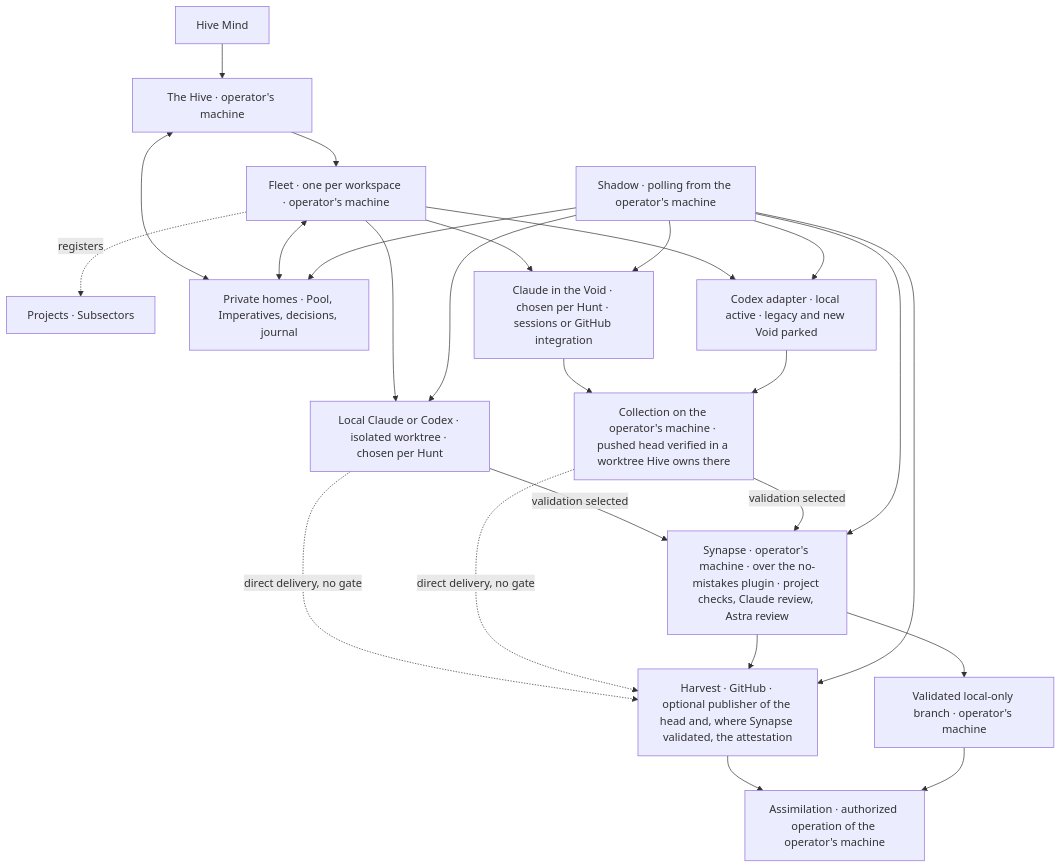
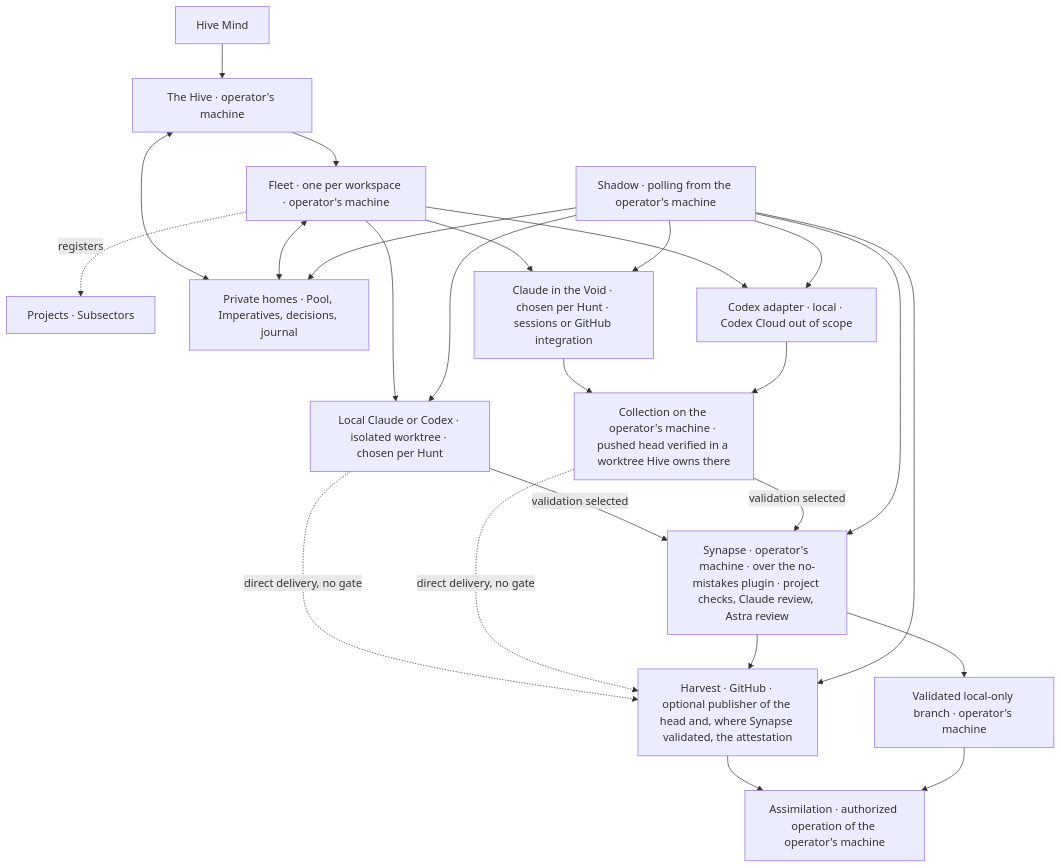
Before and after one commit to kesk-git/hive: the diagram in docs/design.md, drawn with Mermaid. The commit also changed other lines of this file and 10 other files, not shown here.

````diff
--- a/docs/design.md
+++ b/docs/design.md
@@ -60,27 +60,27 @@
 ```mermaid
 flowchart TD
     Mind[Hive Mind] --> Hive["The Hive · operator's machine"]
     Hive --> Fleet["Fleet · one per workspace · operator's machine"]
     Fleet -. registers .-> Projects[Projects · Subsectors]
     Hive <--> Private[Private homes · Pool, Imperatives, decisions, journal]
     Fleet <--> Private
     Fleet --> Local[Local Claude or Codex · isolated worktree · chosen per Hunt]
     Fleet --> Claude[Claude in the Void · chosen per Hunt · sessions or GitHub integration]
-    Fleet --> Codex[Codex adapter · local active · legacy and new Void parked]
+    Fleet --> Codex[Codex adapter · local · Codex Cloud out of scope]
     Local -- validation selected --> Synapse["Synapse · operator's machine · over the no-mistakes plugin · project checks, Claude review, Astra review"]
     Claude --> Collection["Collection on the operator's machine · pushed head verified in a worktree Hive owns there"]
     Codex --> Collection
     Collection -- validation selected --> Synapse
     Local -. direct delivery, no gate .-> Harvest
     Collection -. direct delivery, no gate .-> Harvest
     Synapse --> Harvest[Harvest · GitHub · optional publisher of the head and, where Synapse validated, the attestation]
     Synapse --> Branch["Validated local-only branch · operator's machine"]
     Harvest --> Assimilation["Assimilation · authorized operation of the operator's machine"]
     Branch --> Assimilation
     Shadow["Shadow · polling from the operator's machine"] --> Private
     Shadow --> Local
     Shadow --> Claude
     Shadow --> Codex
     Shadow --> Synapse
     Shadow --> Harvest
 ```
````
